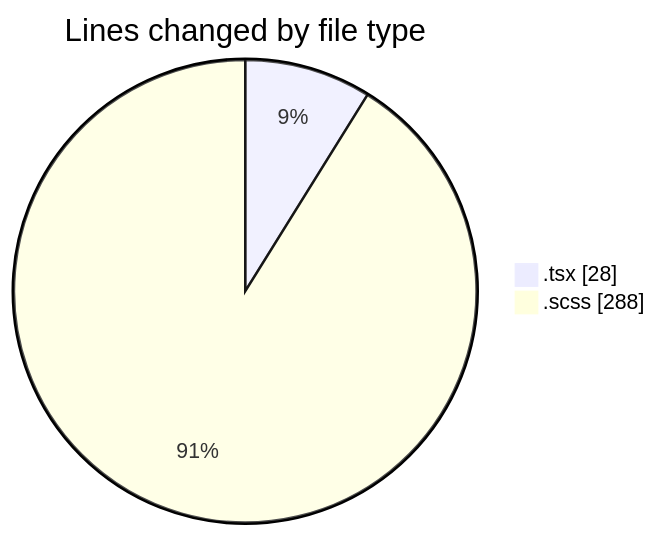
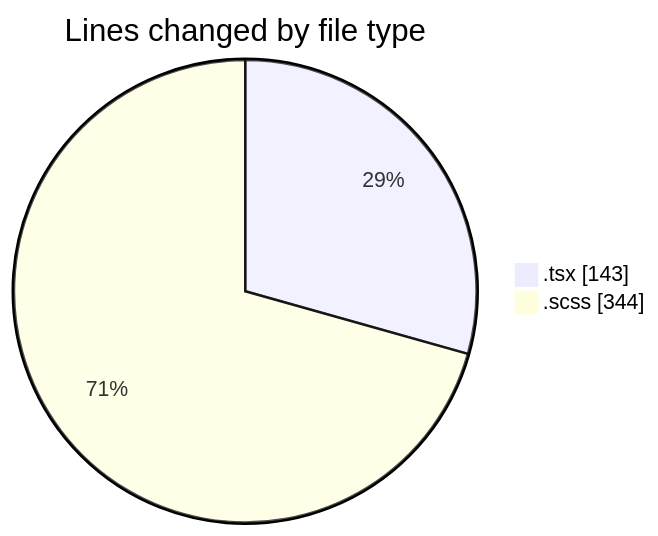
Before and after one commit to momahboobian/code-tracking: the first of 2 diagrams in 2025-09-19/cda/README.md, drawn with Mermaid. The commit also changed other lines of this file and 1 other file, not shown here.

````diff
--- a/2025-09-19/cda/README.md
+++ b/2025-09-19/cda/README.md
@@ -21,6 +21,6 @@
 ```mermaid
 pie showData
 title Lines changed by file type
-".tsx" : 28
-".scss" : 288
+".tsx" : 143
+".scss" : 344
 ```
````
